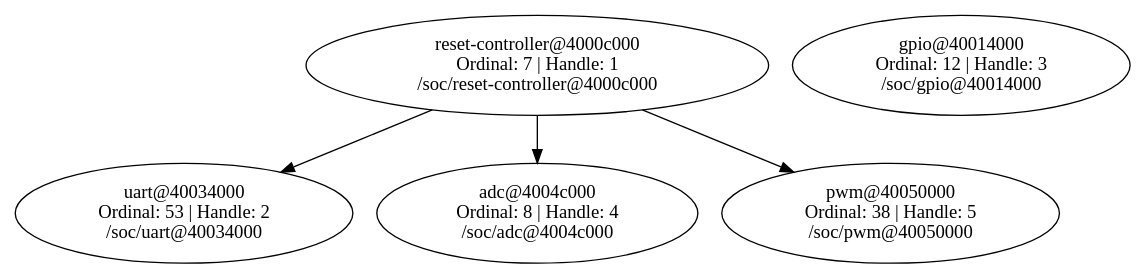
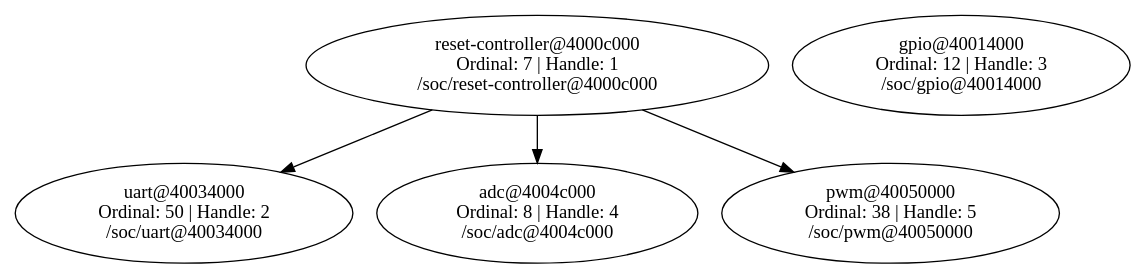
One commit to Diseno-electronico-2023-1/evse-rp2040-hardware changed the diagram in app/build/zephyr/dev_graph.dot. Above: the diagram before and after it, drawn with Graphviz. The commit also changed 1454 other files, not shown here.

```diff
--- a/app/build/zephyr/dev_graph.dot
+++ b/app/build/zephyr/dev_graph.dot
@@ -1,11 +1,11 @@
-// C:/Users/ediso/zephyrproject/evse-rp2040-hardware/app/build/zephyr/zephyr_pre0.elf
+// C:/Users/sergi/zephyrproject/evse-rp2040-hardware/app/build/zephyr/zephyr_pre0.elf
 digraph "Device dependency graph" {
 	7 [label="reset-controller@4000c000\nOrdinal: 7 | Handle: 1\n/soc/reset-controller@4000c000"]
-	53 [label="uart@40034000\nOrdinal: 53 | Handle: 2\n/soc/uart@40034000"]
+	50 [label="uart@40034000\nOrdinal: 50 | Handle: 2\n/soc/uart@40034000"]
 	12 [label="gpio@40014000\nOrdinal: 12 | Handle: 3\n/soc/gpio@40014000"]
 	8 [label="adc@4004c000\nOrdinal: 8 | Handle: 4\n/soc/adc@4004c000"]
 	38 [label="pwm@40050000\nOrdinal: 38 | Handle: 5\n/soc/pwm@40050000"]
+	7 -> 38
+	7 -> 50
 	7 -> 8
-	7 -> 53
-	7 -> 38
 }
```
